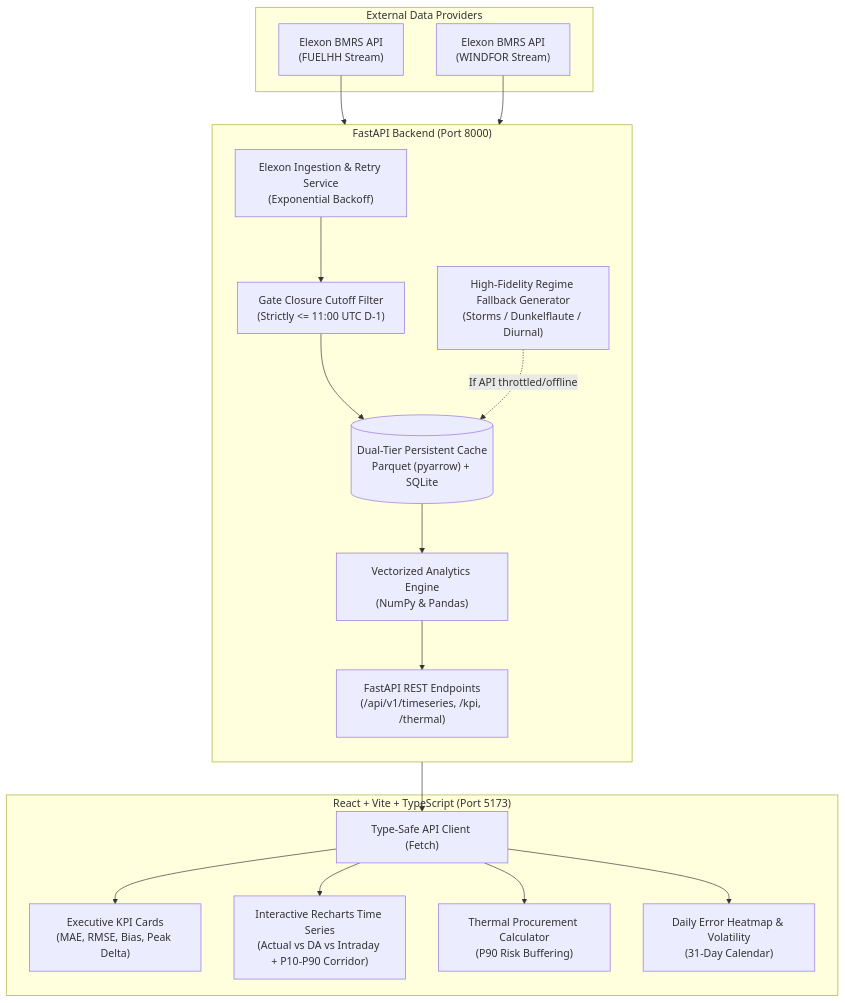
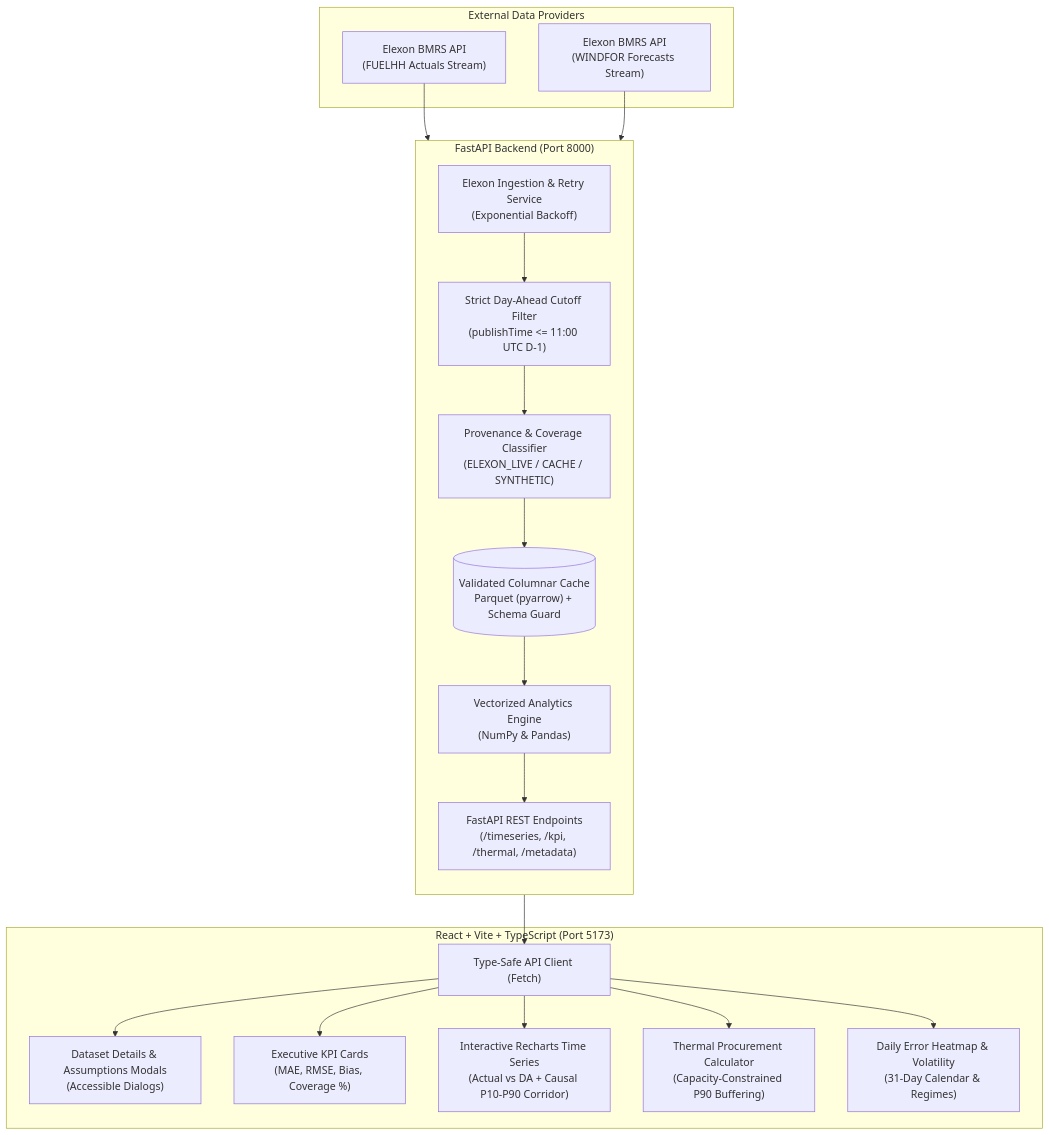
The first of 2 diagrams in README.md (deadheaven07/gb-uk-wind-eval), drawn with Mermaid before and after one commit. The commit also changed other lines of this file and 17 other files, not shown here.

Commit message:
feat: eliminate forecast lookahead leakage, enforce strict day-ahead cutoff, add data provenance, and polish UI

````diff
--- a/README.md
+++ b/README.md
@@ -32,38 +36,40 @@
 ```mermaid
 flowchart TD
     subgraph External_Data["External Data Providers"]
-        BMRS_ACT["Elexon BMRS API<br/>(FUELHH Stream)"]
-        BMRS_FCT["Elexon BMRS API<br/>(WINDFOR Stream)"]
+        BMRS_ACT["Elexon BMRS API<br/>(FUELHH Actuals Stream)"]
+        BMRS_FCT["Elexon BMRS API<br/>(WINDFOR Forecasts Stream)"]
     end
 
     subgraph Backend_App["FastAPI Backend (Port 8000)"]
         direction TB
         INGEST["Elexon Ingestion & Retry Service<br/>(Exponential Backoff)"]
-        CUTOFF["Gate Closure Cutoff Filter<br/>(Strictly <= 11:00 UTC D-1)"]
-        SYNTH["High-Fidelity Regime Fallback Generator<br/>(Storms / Dunkelflaute / Diurnal)"]
-        CACHE[("Dual-Tier Persistent Cache<br/>Parquet (pyarrow) + SQLite")]
+        CUTOFF["Strict Day-Ahead Cutoff Filter<br/>(publishTime <= 11:00 UTC D-1)"]
+        PROV["Provenance & Coverage Classifier<br/>(ELEXON_LIVE / CACHE / SYNTHETIC)"]
+        CACHE[("Validated Columnar Cache<br/>Parquet (pyarrow) + Schema Guard")]
         ANALYTICS["Vectorized Analytics Engine<br/>(NumPy & Pandas)"]
-        ROUTES["FastAPI REST Endpoints<br/>(/api/v1/timeseries, /kpi, /thermal)"]
+        ROUTES["FastAPI REST Endpoints<br/>(/timeseries, /kpi, /thermal, /metadata)"]
     end
 
     subgraph Frontend_App["React + Vite + TypeScript (Port 5173)"]
         CLIENT["Type-Safe API Client (Fetch)"]
-        SCORECARD["Executive KPI Cards<br/>(MAE, RMSE, Bias, Peak Delta)"]
-        CHART["Interactive Recharts Time Series<br/>(Actual vs DA vs Intraday + P10-P90 Corridor)"]
-        CALC["Thermal Procurement Calculator<br/>(P90 Risk Buffering)"]
-        HEATMAP["Daily Error Heatmap & Volatility<br/>(31-Day Calendar)"]
+        MODALS["Dataset Details & Assumptions Modals<br/>(Accessible Dialogs)"]
+        SCORECARD["Executive KPI Cards<br/>(MAE, RMSE, Bias, Coverage %)"]
+        CHART["Interactive Recharts Time Series<br/>(Actual vs DA + Causal P10-P90 Corridor)"]
+        CALC["Thermal Procurement Calculator<br/>(Capacity-Constrained P90 Buffering)"]
+        HEATMAP["Daily Error Heatmap & Volatility<br/>(31-Day Calendar & Regimes)"]
     end
 
     BMRS_ACT --> INGEST
     BMRS_FCT --> INGEST
     INGEST --> CUTOFF
-    CUTOFF --> CACHE
-    SYNTH -.->|If API throttled/offline| CACHE
+    CUTOFF --> PROV
+    PROV --> CACHE
     CACHE --> ANALYTICS
     ANALYTICS --> ROUTES
     ROUTES --> CLIENT
+    CLIENT --> MODALS
     CLIENT --> SCORECARD
     CLIENT --> CHART
     CLIENT --> CALC
     CLIENT --> HEATMAP
 ```
````
